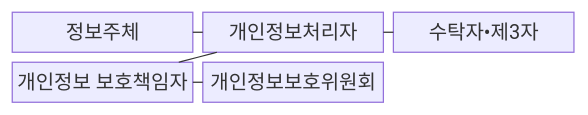
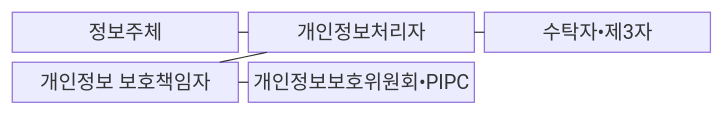
Before and after one commit to agnusdei1207/knowledge-base: the first of 2 diagrams in src/content/docs/notes/07-law-policy/022_personal_information_protection_act.md, drawn with Mermaid. The commit also changed other lines of this file and 493 other files, not shown here.

````diff
--- a/src/content/docs/notes/07-law-policy/022_personal_information_protection_act.md
+++ b/src/content/docs/notes/07-law-policy/022_personal_information_protection_act.md
@@ -72,13 +72,13 @@
 ```mermaid
 block-beta
   columns 3
   A["정보주체"]
   B["개인정보처리자"]
   C["수탁자•제3자"]
   D["개인정보 보호책임자"]
-  E["개인정보보호위원회"]
+  E["개인정보보호위원회•PIPC"]
   A --- B
   B --- C
   B --- D
   D --- E
 ```
````
